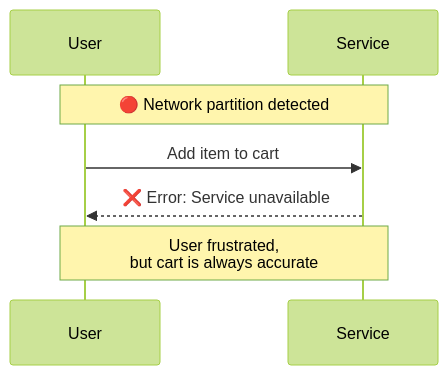
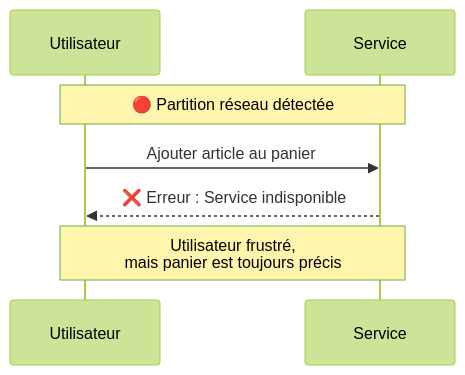
Before and after one commit to dardourimohamed/distributed-systems-course: the tenth of 12 diagrams in src/data-store/02-cap-theorem.md, drawn with Mermaid (forest theme). The commit also changed other lines of this file and 38 other files, not shown here.

````diff
--- a/src/data-store/02-cap-theorem.md
+++ b/src/data-store/02-cap-theorem.md
@@ -282,12 +282,12 @@
 ```mermaid
 sequenceDiagram
-    participant U as User
+    participant U as Utilisateur
     participant S as Service
 
-    Note over U,S: 🔴 Network partition detected
+    Note over U,S: 🔴 Partition réseau détectée
 
-    U->>S: Add item to cart
-    S-->>U: ❌ Error: Service unavailable
+    U->>S: Ajouter article au panier
+    S-->>U: ❌ Erreur : Service indisponible
 
-    Note over U,S: User frustrated,<br/>but cart is always accurate
+    Note over U,S: Utilisateur frustré,<br/>mais panier est toujours précis
 ```
````
